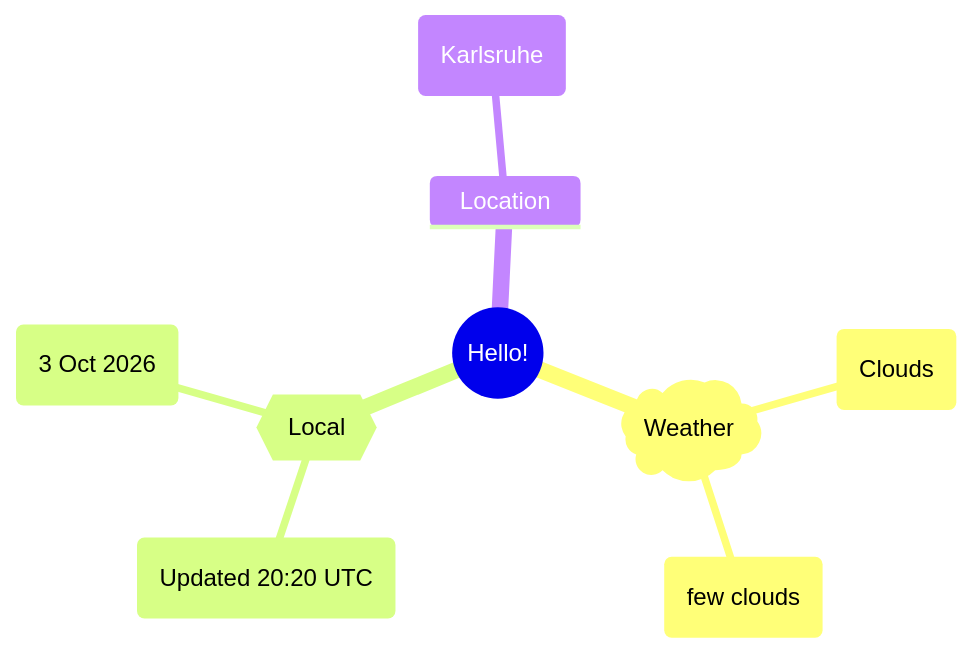
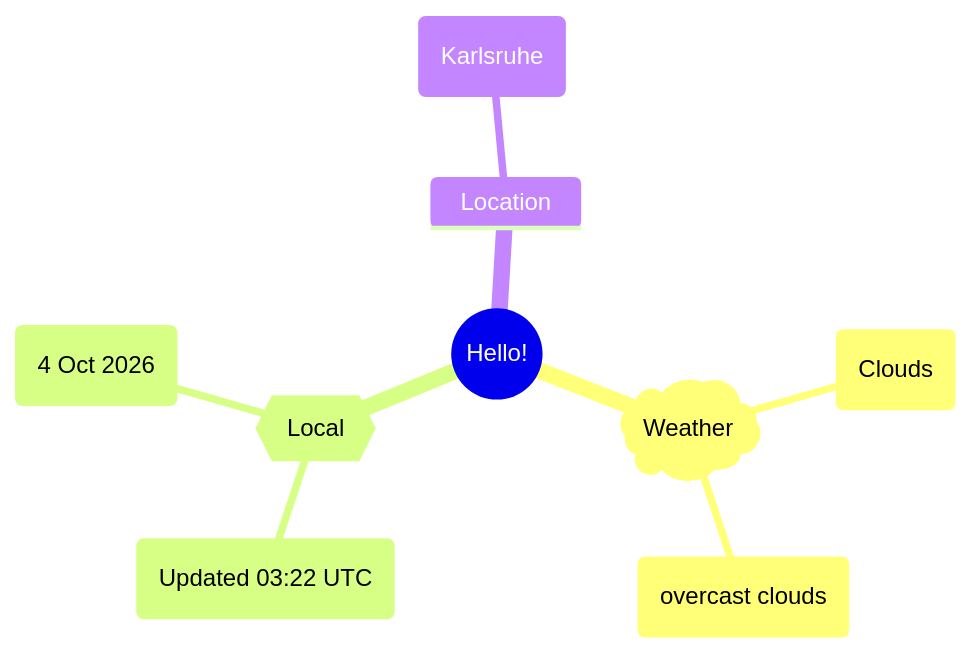
One commit to Xosrov/Xosrov changed the first of 2 diagrams in README.md. Above: the diagram before and after it, drawn with Mermaid.

Commit message:
[bot] updated images

````diff
--- a/README.md
+++ b/README.md
@@ -3,12 +3,12 @@
 ```mermaid
 mindmap
   root((Hello!))
     )Weather(
         (Clouds)
-        (few clouds)
+        (overcast clouds)
     {{Local}}
-        (Updated 20:20 UTC)
-        (3 Oct 2026)
+        (Updated 03:22 UTC)
+        (4 Oct 2026)
     Location
         (Karlsruhe)
 ```
````
